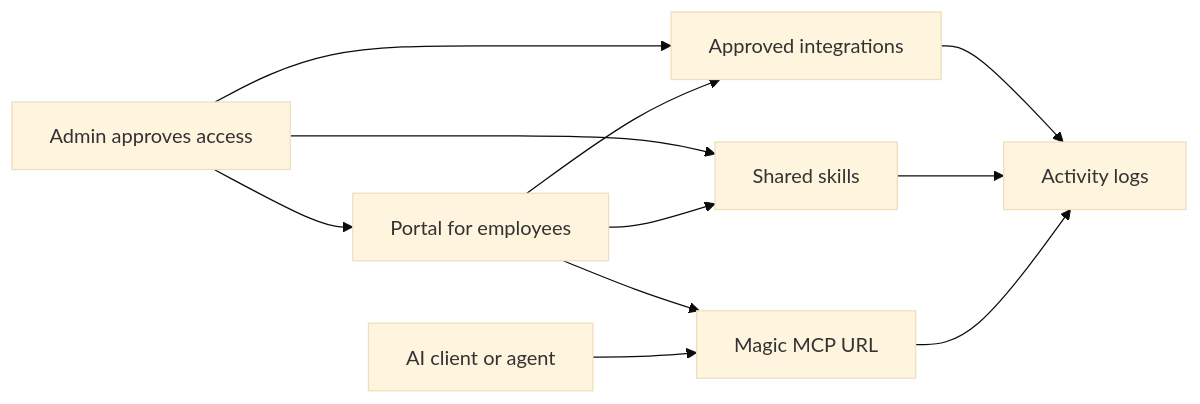
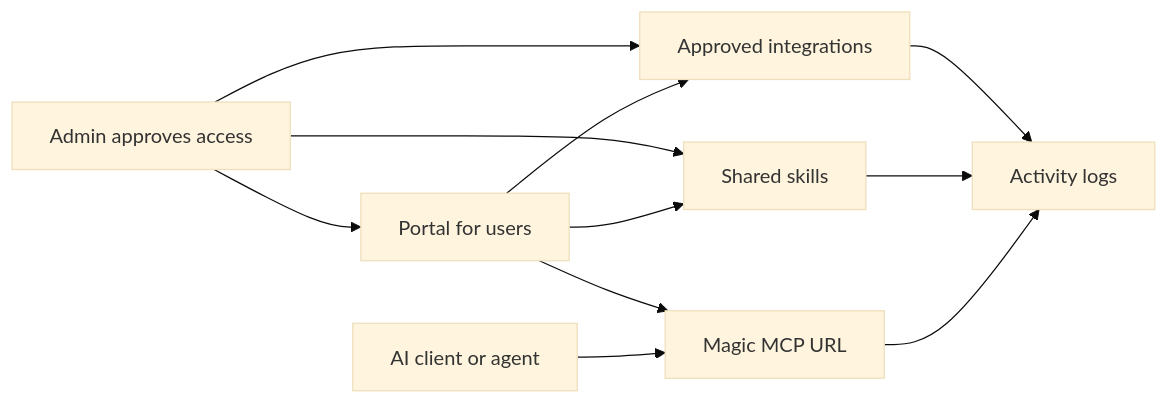
One commit to metorial/docs changed the diagram in workforce-concepts.mdx. Above: the diagram before and after it, drawn with Mermaid (base theme). The commit also changed other lines of this file and 3 other files, not shown here.

````diff
--- a/workforce-concepts.mdx
+++ b/workforce-concepts.mdx
@@ -46,21 +46,21 @@
 ```mermaid
 flowchart LR
   Admin["Admin approves access"]
-  Portal["Portal for employees"]
+  Portal["Portal for users"]
   Integration["Approved integrations"]
   Skill["Shared skills"]
   MCP["Magic MCP URL"]
   Agent["AI client or agent"]
   Activity["Activity logs"]
 
   Admin --> Portal
   Admin --> Integration
   Admin --> Skill
   Portal --> Integration
   Portal --> Skill
   Portal --> MCP
   Agent --> MCP
   Integration --> Activity
   Skill --> Activity
   MCP --> Activity
 ```
````
